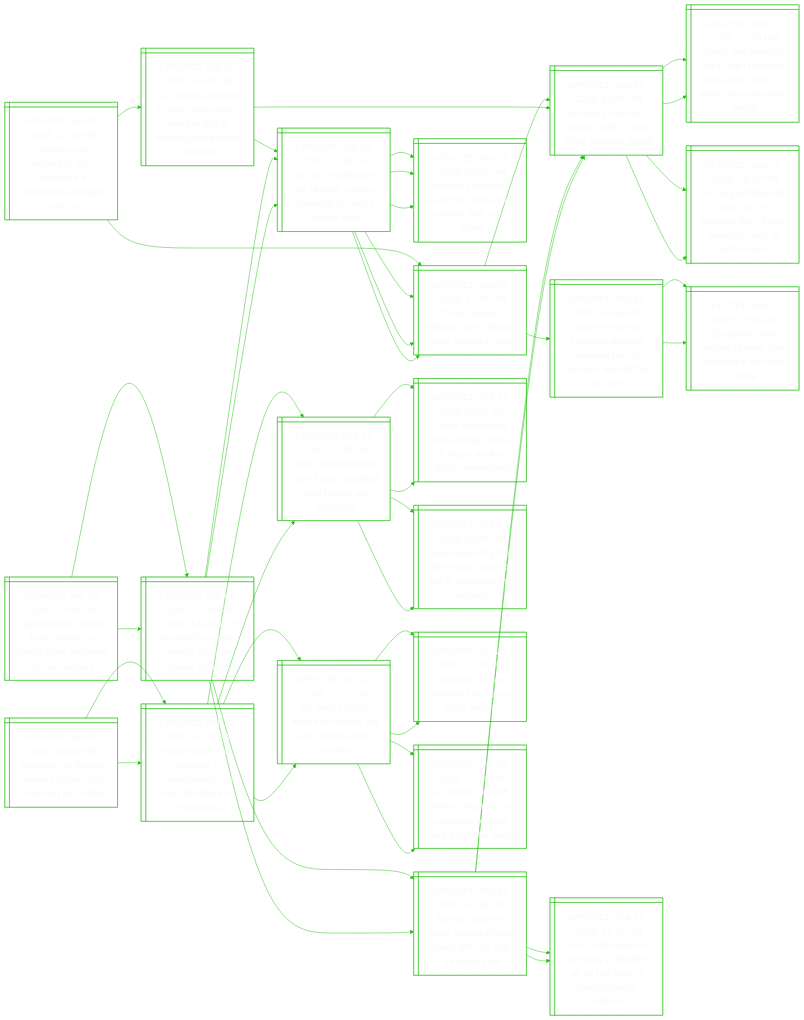
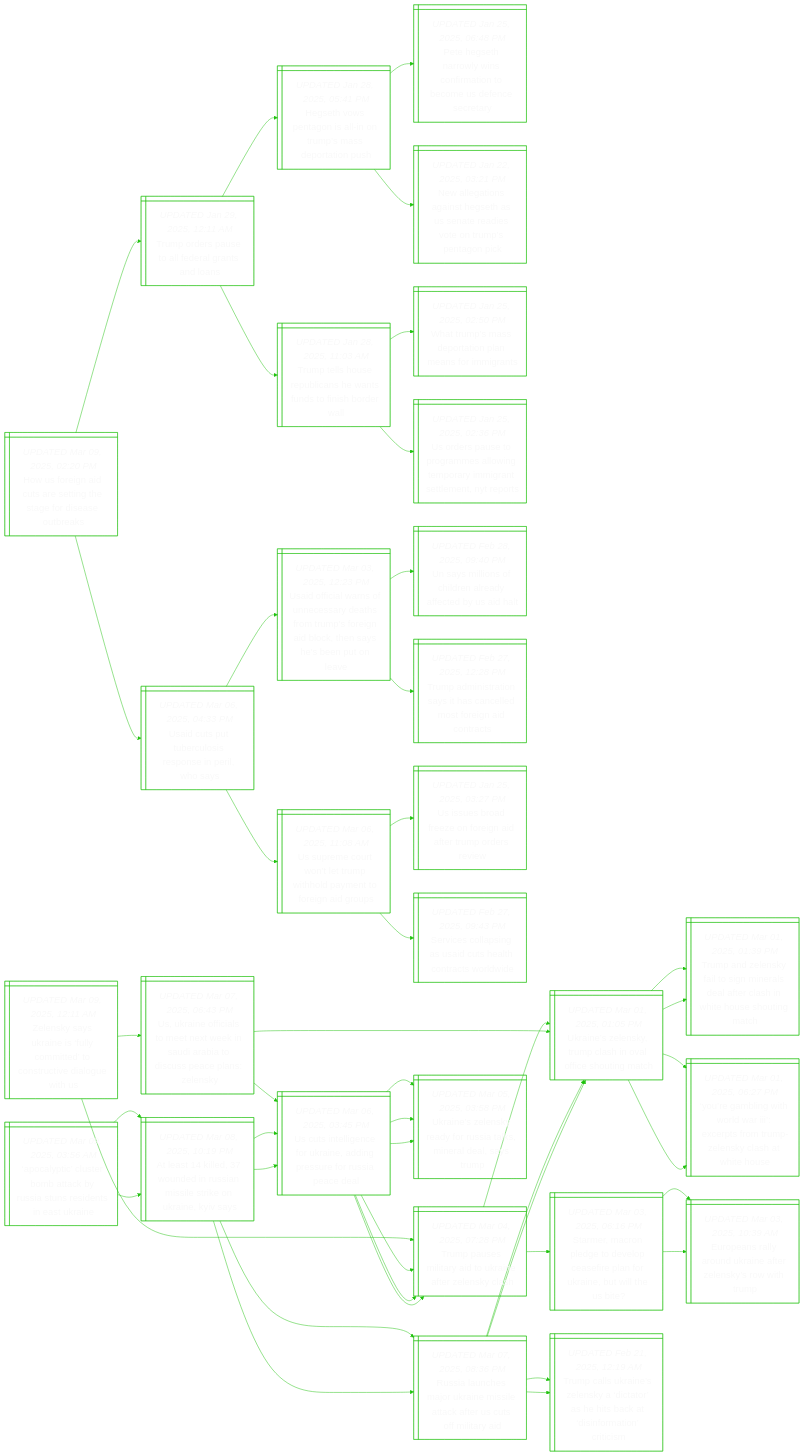
Before and after one commit to notJmes/notJmes: the diagram in README.md, drawn with Mermaid. The commit also changed other lines of this file, not shown here.

````diff
--- a/README.md
+++ b/README.md
@@ -15,6 +15,52 @@
 %%{init: {'theme':'base', 'themeVariables': {'primaryColor': "transparent", 'primaryTextColor': "#F9F9F9", 'lineColor': "#20C20E", 'primaryBorderColor':'#20C20E'}}}%%
 flowchart LR
 classDef txtsize font-size:20px;
+
+Hfgcrthgdsbs@{ shape: win-pane, label: "_UPDATED Mar 09, 2025, 02:20 PM_
+How us foreign aid cuts are setting the stage for disease outbreaks" }
+Toselrann@{ shape: win-pane, label: "_UPDATED Jan 29, 2025, 12:11 AM_
+Trump orders pause to all federal grants and loans" }
+Htsasnuaptu@{ shape: win-pane, label: "_UPDATED Jan 28, 2025, 05:41 PM_
+Hegseth vows pentagon is all-in on trump’s mass deportation push" }
+Pehoinatodcry@{ shape: win-pane, label: "_UPDATED Jan 25, 2025, 06:48 PM_
+Pete hegseth narrowly wins confirmation to become us defence secretary" }
+NligteUaavnptp@{ shape: win-pane, label: "_UPDATED Jan 22, 2025, 03:21 PM_
+New allegations against hegseth as us senate readies vote on trump’s pentagon pick" }
+TtHRlsnnfhel@{ shape: win-pane, label: "_UPDATED Jan 28, 2025, 11:03 AM_
+Trump tells house republicans he wants funds to finish border wall" }
+Wrmeapeoit@{ shape: win-pane, label: "_UPDATED Jan 25, 2025, 02:50 PM_
+What trump’s mass deportation plan means for immigrants" }
+Ueupaaimritltes@{ shape: win-pane, label: "_UPDATED Jan 25, 2025, 02:36 PM_
+Us orders pause to programmes allowing temporary immigrant settlement, nyt reports" }
+UcueoeseHs@{ shape: win-pane, label: "_UPDATED Mar 06, 2025, 04:33 PM_
+Usaid cuts put tuberculosis response in peril, who says" }
+Uoirueyhmpeicnheov@{ shape: win-pane, label: "_UPDATED Mar 03, 2025, 12:23 PM_
+Usaid official warns of unnecessary deaths from trump's foreign aid block, then says he's been put on leave" }
+Usifdlycyd@{ shape: win-pane, label: "_UPDATED Feb 28, 2025, 09:40 PM_
+Un says millions of children already affected by us aid halt" }
+Taitahnetidr@{ shape: win-pane, label: "_UPDATED Feb 27, 2025, 12:28 PM_
+Trump administration says it has cancelled most foreign aid contracts" }
+Urootphatrao@{ shape: win-pane, label: "_UPDATED Mar 06, 2025, 11:08 AM_
+Us supreme court won’t let trump withhold payment to foreign aid groups" }
+Uuoenidrpri@{ shape: win-pane, label: "_UPDATED Jan 25, 2025, 03:27 PM_
+Us issues broad freeze on foreign aid after trump orders review" }
+ScliUcecaoi@{ shape: win-pane, label: "_UPDATED Feb 27, 2025, 09:43 PM_
+Services collapsing as usaid cuts health contracts worldwide" }
+
+Hfgcrthgdsbs:::txtsize --> Toselrann:::txtsize
+Toselrann:::txtsize --> Htsasnuaptu:::txtsize
+Htsasnuaptu:::txtsize --> Pehoinatodcry:::txtsize
+Htsasnuaptu:::txtsize --> NligteUaavnptp:::txtsize
+Toselrann:::txtsize --> TtHRlsnnfhel:::txtsize
+TtHRlsnnfhel:::txtsize --> Wrmeapeoit:::txtsize
+TtHRlsnnfhel:::txtsize --> Ueupaaimritltes:::txtsize
+Hfgcrthgdsbs:::txtsize --> UcueoeseHs:::txtsize
+UcueoeseHs:::txtsize --> Uoirueyhmpeicnheov:::txtsize
+Uoirueyhmpeicnheov:::txtsize --> Usifdlycyd:::txtsize
+Uoirueyhmpeicnheov:::txtsize --> Taitahnetidr:::txtsize
+UcueoeseHs:::txtsize --> Urootphatrao:::txtsize
+Urootphatrao:::txtsize --> Uuoenidrpri:::txtsize
+Urootphatrao:::txtsize --> ScliUcecaoi:::txtsize
 
 Zsyasyitstiuh@{ shape: win-pane, label: "_UPDATED Mar 09, 2025, 12:11 AM_
 Zelensky says ukraine is ‘fully committed’ to constructive dialogue with us" }
@@ -108,50 +154,4 @@
 UslnridrrRae:::txtsize --> Tpstikernl:::txtsize
 UslnridrrRae:::txtsize --> UnlyyutmalT:::txtsize
 
-Gifakhinabe@{ shape: win-pane, label: "_UPDATED Mar 09, 2025, 04:02 AM_
-‘grieving’: us federal workers thrown into uncertain job market" }
-Uwrgyeasuaaura@{ shape: win-pane, label: "_UPDATED Feb 28, 2025, 06:29 PM_
-Usaid workers say goodbye to headquarters as trump drastically cuts foreign aid" }
-Taitahnetidr@{ shape: win-pane, label: "_UPDATED Feb 27, 2025, 12:28 PM_
-Trump administration says it has cancelled most foreign aid contracts" }
-Udpseekrtnshs@{ shape: win-pane, label: "_UPDATED Feb 14, 2025, 09:01 AM_
-Usaid disruptions leave oxygen tanks, tb drugs stuck in ships, warehouses" }
-Uwdrtilriitec@{ shape: win-pane, label: "_UPDATED Feb 12, 2025, 03:35 PM_
-Usaid watchdog fired after critical report on bid to dismantle the agency" }
-Uuoenidrpri@{ shape: win-pane, label: "_UPDATED Jan 25, 2025, 03:27 PM_
-Us issues broad freeze on foreign aid after trump orders review" }
-DrnedsAcr@{ shape: win-pane, label: "_UPDATED Jan 25, 2025, 03:12 PM_
-Denmark, us and greenland to discuss arctic security" }
-Uiaapiteodoood@{ shape: win-pane, label: "_UPDATED Jan 25, 2025, 02:19 AM_
-Us military aircraft deport migrants, as pentagon readies more troops for border" }
-Uwrgyeasuaaura@{ shape: win-pane, label: "_UPDATED Feb 28, 2025, 06:29 PM_
-Usaid workers say goodbye to headquarters as trump drastically cuts foreign aid" }
-Taitahnetidr@{ shape: win-pane, label: "_UPDATED Feb 27, 2025, 12:28 PM_
-Trump administration says it has cancelled most foreign aid contracts" }
-Udpseekrtnshs@{ shape: win-pane, label: "_UPDATED Feb 14, 2025, 09:01 AM_
-Usaid disruptions leave oxygen tanks, tb drugs stuck in ships, warehouses" }
-Uwdrtilriitec@{ shape: win-pane, label: "_UPDATED Feb 12, 2025, 03:35 PM_
-Usaid watchdog fired after critical report on bid to dismantle the agency" }
-Uuoenidrpri@{ shape: win-pane, label: "_UPDATED Jan 25, 2025, 03:27 PM_
-Us issues broad freeze on foreign aid after trump orders review" }
-DrnedsAcr@{ shape: win-pane, label: "_UPDATED Jan 25, 2025, 03:12 PM_
-Denmark, us and greenland to discuss arctic security" }
-Uiaapiteodoood@{ shape: win-pane, label: "_UPDATED Jan 25, 2025, 02:19 AM_
-Us military aircraft deport migrants, as pentagon readies more troops for border" }
-
-Gifakhinabe:::txtsize --> Uwrgyeasuaaura:::txtsize
-Uwrgyeasuaaura:::txtsize --> Taitahnetidr:::txtsize
-Taitahnetidr:::txtsize --> Udpseekrtnshs:::txtsize
-Taitahnetidr:::txtsize --> Uwdrtilriitec:::txtsize
-Uwrgyeasuaaura:::txtsize --> Uuoenidrpri:::txtsize
-Uuoenidrpri:::txtsize --> DrnedsAcr:::txtsize
-Uuoenidrpri:::txtsize --> Uiaapiteodoood:::txtsize
-Gifakhinabe:::txtsize --> Uwrgyeasuaaura:::txtsize
-Uwrgyeasuaaura:::txtsize --> Taitahnetidr:::txtsize
-Taitahnetidr:::txtsize --> Udpseekrtnshs:::txtsize
-Taitahnetidr:::txtsize --> Uwdrtilriitec:::txtsize
-Uwrgyeasuaaura:::txtsize --> Uuoenidrpri:::txtsize
-Uuoenidrpri:::txtsize --> DrnedsAcr:::txtsize
-Uuoenidrpri:::txtsize --> Uiaapiteodoood:::txtsize
-
 ```
````
